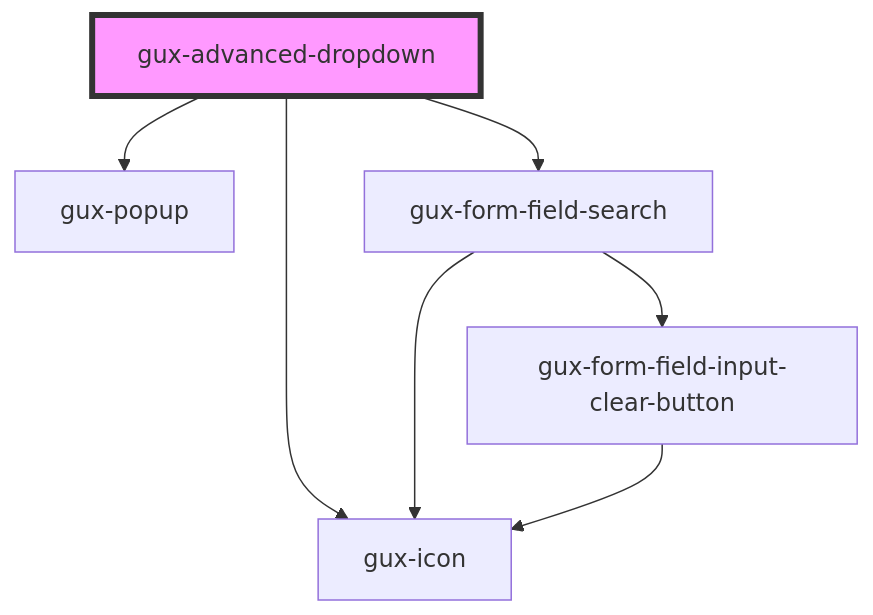
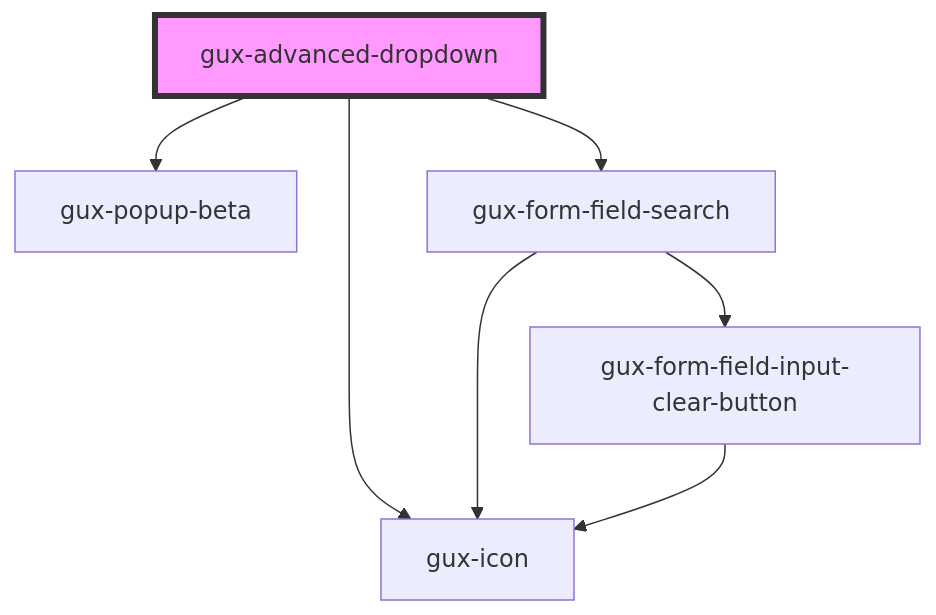
Before and after one commit to MyPureCloud/genesys-spark: the diagram in src/components/stable/gux-advanced-dropdown/readme.md, drawn with Mermaid. The commit also changed other lines of this file and 36 other files, not shown here.

First line of the commit message:
feat(gux-popup-beta): replace gux-popup with gux-popup-beta in components (#1145)

````diff
--- a/src/components/stable/gux-advanced-dropdown/readme.md
+++ b/src/components/stable/gux-advanced-dropdown/readme.md
@@ -66,10 +66,10 @@
 ```mermaid
 graph TD;
-  gux-advanced-dropdown --> gux-popup
+  gux-advanced-dropdown --> gux-popup-beta
   gux-advanced-dropdown --> gux-icon
   gux-advanced-dropdown --> gux-form-field-search
   gux-form-field-search --> gux-icon
   gux-form-field-search --> gux-form-field-input-clear-button
   gux-form-field-input-clear-button --> gux-icon
   style gux-advanced-dropdown fill:#f9f,stroke:#333,stroke-width:4px
 ```
````
